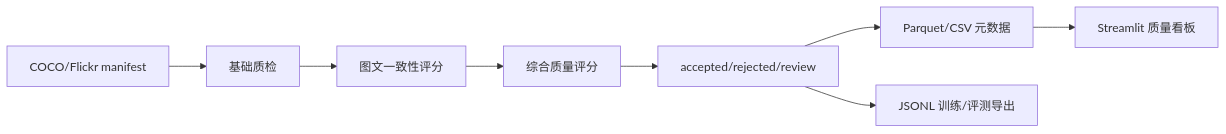
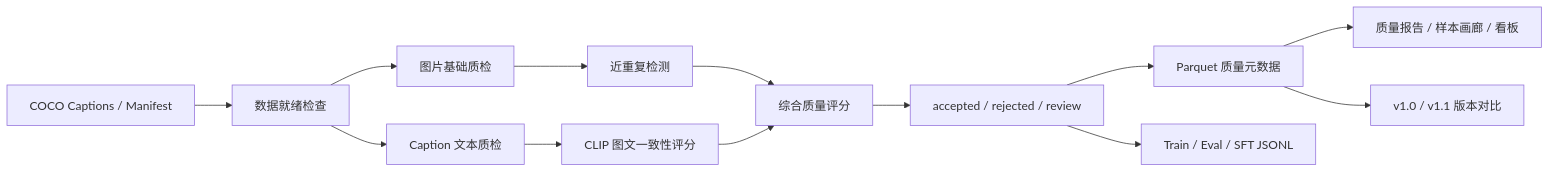
Before and after one commit to Linyihhh1-Hub/multimodal-data-quality-pipeline: the diagram in README.md, drawn with Mermaid. The commit also changed other lines of this file, not shown here.

````diff
--- a/README.md
+++ b/README.md
@@ -16,10 +39,15 @@
 ```mermaid
 flowchart LR
-  A["COCO/Flickr manifest"] --> B["基础质检"]
-  B --> C["图文一致性评分"]
-  C --> D["综合质量评分"]
-  D --> E["accepted/rejected/review"]
-  E --> F["Parquet/CSV 元数据"]
-  E --> G["JSONL 训练/评测导出"]
-  F --> H["Streamlit 质量看板"]
+  A["COCO Captions / Manifest"] --> B["数据就绪检查"]
+  B --> C["图片基础质检"]
+  B --> D["Caption 文本质检"]
+  C --> E["近重复检测"]
+  D --> F["CLIP 图文一致性评分"]
+  E --> G["综合质量评分"]
+  F --> G
+  G --> H["accepted / rejected / review"]
+  H --> I["Parquet 质量元数据"]
+  H --> J["Train / Eval / SFT JSONL"]
+  I --> K["质量报告 / 样本画廊 / 看板"]
+  I --> L["v1.0 / v1.1 版本对比"]
 ```
````
